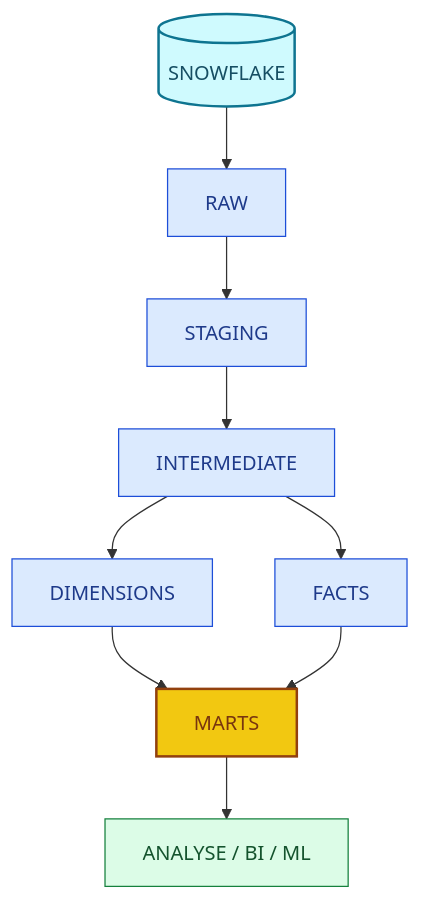
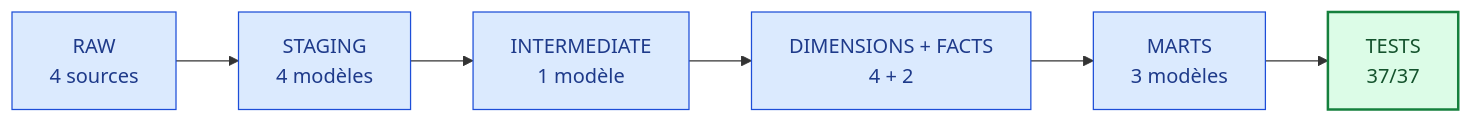
One commit to abdoudjigo/assaman-suuf changed diagram 11 of 11 in dbt_project/README_dbt_staging.md. Above: the diagram before and after it, drawn with Mermaid. The commit also changed other lines of this file, not shown here.

````diff
--- a/dbt_project/README_dbt_staging.md
+++ b/dbt_project/README_dbt_staging.md
@@ -394,20 +521,9 @@
 ```mermaid
-flowchart TB
-    SF[("SNOWFLAKE")] --> RAW["RAW"]
-    RAW --> STG["STAGING"]
-    STG --> INT["INTERMEDIATE"]
-    INT --> DIM["DIMENSIONS"]
-    INT --> FACT["FACTS"]
-    DIM --> MARTS["MARTS"]
-    FACT --> MARTS
-    MARTS --> OUT["ANALYSE / BI / ML"]
+flowchart LR
+    RAW["RAW<br/>4 sources"] --> STG["STAGING<br/>4 modèles"] --> INT["INTERMEDIATE<br/>1 modèle"] --> DIMFACT["DIMENSIONS + FACTS<br/>4 + 2"] --> MARTS["MARTS<br/>3 modèles"] --> TESTS["TESTS<br/>37/37"]
 
-    classDef sf fill:#CFFAFE,stroke:#0E7490,color:#164E63,stroke-width:2px
-    classDef couche fill:#DBEAFE,stroke:#1D4ED8,color:#1E3A8A
-    classDef mart fill:#F2C811,stroke:#92400E,color:#78350F,stroke-width:2px
-    classDef sortie fill:#DCFCE7,stroke:#15803D,color:#14532D
-    class SF sf
-    class RAW,STG,INT,DIM,FACT couche
-    class MARTS mart
-    class OUT sortie
+    classDef etape fill:#DBEAFE,stroke:#1D4ED8,color:#1E3A8A
+    classDef fin fill:#DCFCE7,stroke:#15803D,color:#14532D,stroke-width:2px
+    class RAW,STG,INT,DIMFACT,MARTS etape
+    class TESTS fin
 ```
````
